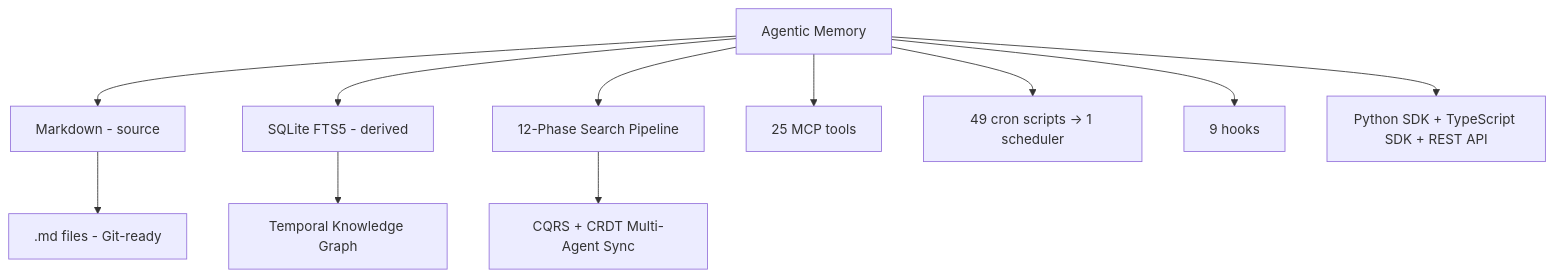
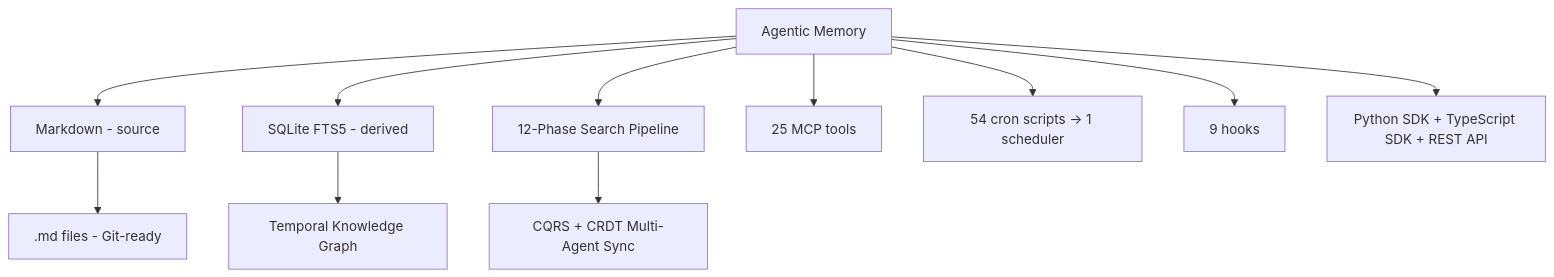
The diagram in README.md (ArkaAiAdmin/Agentic-Memory), drawn with Mermaid before and after one commit. The commit also changed 2 other files, not shown here.

Commit message:
feat(ide): add agentic-memory-ide as submodule under ide/

````diff
--- a/README.md
+++ b/README.md
@@ -24,13 +24,13 @@
 ```mermaid
 graph TD
     A[Agentic Memory] --> B[Markdown - source]
     A --> C[SQLite FTS5 - derived]
     A --> D[12-Phase Search Pipeline]
     B --> E[.md files - Git-ready]
     C --> F[Temporal Knowledge Graph]
     D --> G[CQRS + CRDT Multi-Agent Sync]
     A --> H[25 MCP tools]
-    A --> I[49 cron scripts -> 1 scheduler]
+    A --> I[54 cron scripts -> 1 scheduler]
     A --> J[9 hooks]
     A --> K[Python SDK + TypeScript SDK + REST API]
 ```
````
